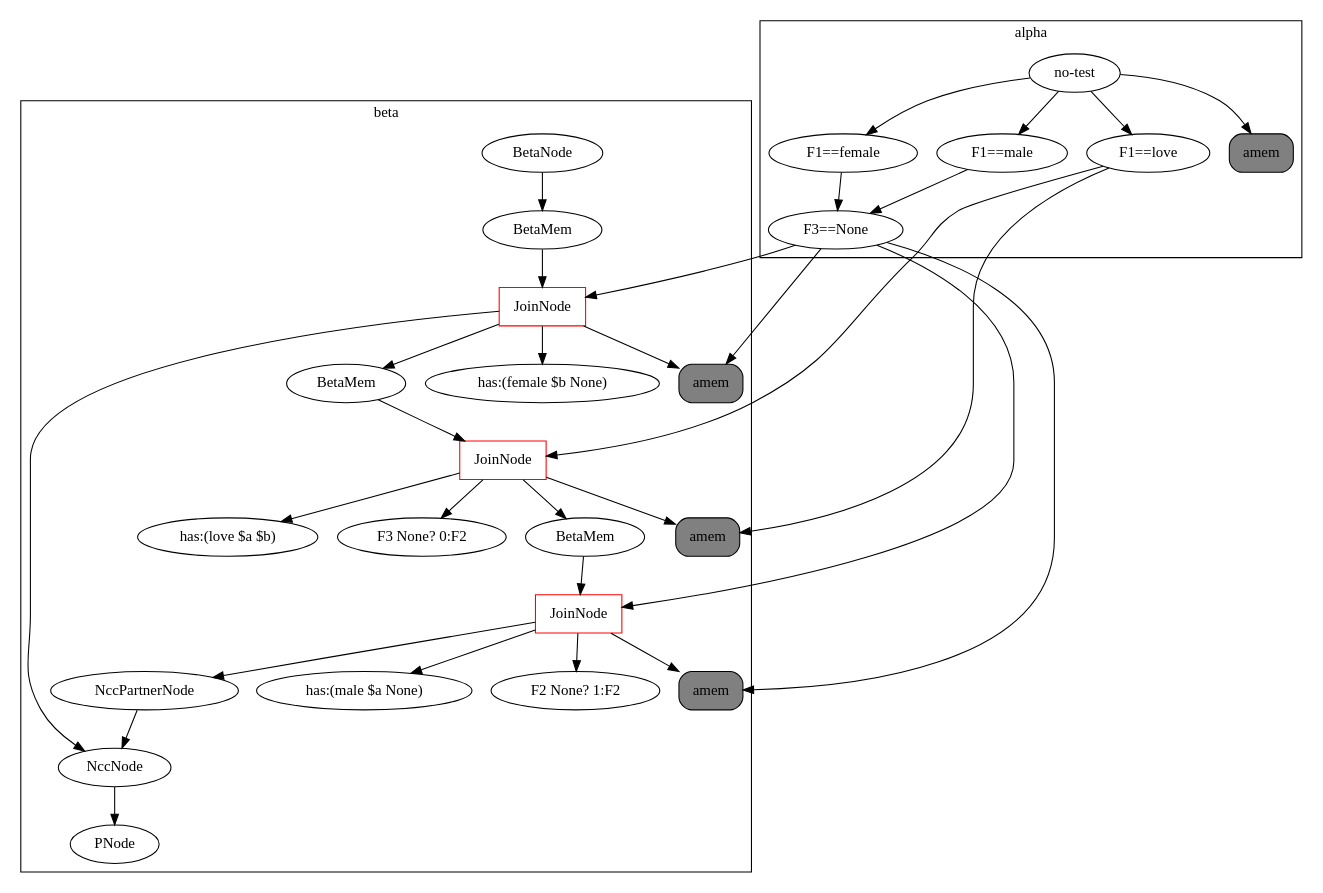
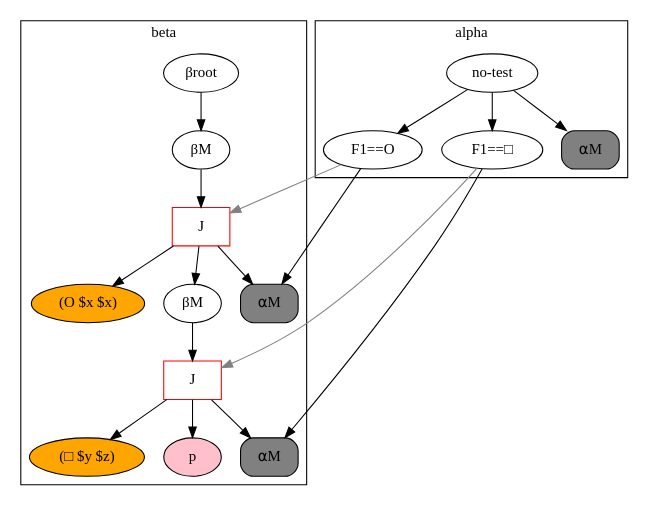
The diagram in rete.dot (Cybernetic1/GIRL), drawn with Graphviz before and after one commit. The commit also changed 7 other files, not shown here.

```diff
--- a/rete.dot
+++ b/rete.dot
@@ -1,52 +1,35 @@
 digraph {
 	subgraph cluster_1 {
 	label = beta
-	"BetaNode 140243741314856" [label="BetaNode"];
-	"BetaNode 140243741314856" -> "BetaMemory 140243741413328";
-	"BetaMemory 140243741413328" [label="BetaMem"];
-	"BetaMemory 140243741413328" -> "JoinNode 140243741450536";
-	"JoinNode 140243741450536" [shape=box, color=red, label="JoinNode"];
-	"JoinNode 140243741450536" -> "amem:<rete.alpha.AlphaMemory object at 0x7f8d0a6420f0>"
-	"JoinNode 140243741450536" -> "has:(female $b None)"
-	"JoinNode 140243741450536" -> "BetaMemory 140243741450648";
-	"BetaMemory 140243741450648" [label="BetaMem"];
-	"BetaMemory 140243741450648" -> "JoinNode 140243741450872";
-	"JoinNode 140243741450872" [shape=box, color=red, label="JoinNode"];
-	"JoinNode 140243741450872" -> "amem:<rete.alpha.AlphaMemory object at 0x7f8d0a642208>"
-	"JoinNode 140243741450872" -> "has:(love $a $b)"
-	"JoinNode 140243741450872" -> "F3 None? 0:F2"
-	"JoinNode 140243741450872" -> "BetaMemory 140243741450928";
-	"BetaMemory 140243741450928" [label="BetaMem"];
-	"BetaMemory 140243741450928" -> "JoinNode 140243741451208";
-	"JoinNode 140243741451208" [shape=box, color=red, label="JoinNode"];
-	"JoinNode 140243741451208" -> "amem:<rete.alpha.AlphaMemory object at 0x7f8d0a642390>"
-	"JoinNode 140243741451208" -> "has:(male $a None)"
-	"JoinNode 140243741451208" -> "F2 None? 1:F2"
-	"JoinNode 140243741451208" -> "<rete.ncc_node.NccPartnerNode object at 0x7f8d0a642400>";
-	"<rete.ncc_node.NccPartnerNode object at 0x7f8d0a642400>" [label="NccPartnerNode"];
-	"<rete.ncc_node.NccPartnerNode object at 0x7f8d0a642400>" -> "<rete.ncc_node.NccNode object at 0x7f8d0a642160>";
-	"JoinNode 140243741450536" -> "<rete.ncc_node.NccNode object at 0x7f8d0a642160>";
-	"<rete.ncc_node.NccNode object at 0x7f8d0a642160>" [label="NccNode"];
-	"<rete.ncc_node.NccNode object at 0x7f8d0a642160>" -> "PNode 140243741413272";
-	"PNode 140243741413272" [label="PNode"];
+	"BetaNode 139989145585928" [label="βroot"];
+	"BetaNode 139989145585928" -> "BetaMemory 139989145725360";
+	"BetaMemory 139989145725360" [label="βM"];
+	"BetaMemory 139989145725360" -> "JoinNode 139989145725584";
+	"JoinNode 139989145725584" [shape=box,color=red,label="J"];
+	"JoinNode 139989145725584" -> "⍺M:<rete.alpha.AlphaMemory object at 0x7f51c34daa58>"
+	"(O $x $x)" [style=filled,fillcolor=orange];
+	"JoinNode 139989145725584" -> "(O $x $x)"
+	"JoinNode 139989145725584" -> "BetaMemory 139989145725640";
+	"BetaMemory 139989145725640" [label="βM"];
+	"BetaMemory 139989145725640" -> "JoinNode 139989145725808";
+	"JoinNode 139989145725808" [shape=box,color=red,label="J"];
+	"JoinNode 139989145725808" -> "⍺M:<rete.alpha.AlphaMemory object at 0x7f51c34dab38>"
+	"(□ $y $z)" [style=filled,fillcolor=orange];
+	"JoinNode 139989145725808" -> "(□ $y $z)"
+	"JoinNode 139989145725808" -> "PNode 139989145725304";
+	"PNode 139989145725304" [style=filled,fillcolor=pink,label="p"];
 	}
 	subgraph cluster_0 {
 	label = alpha
-	"no-test" -> "F1==female";
-	"F1==female" -> "F3==None";
-	"F3==None" -> "amem:<rete.alpha.AlphaMemory object at 0x7f8d0a6420f0>";
-	"amem:<rete.alpha.AlphaMemory object at 0x7f8d0a6420f0>" [shape=box, style="rounded,filled", label="amem", fillcolor=gray];
-	"no-test" -> "F1==love";
-	"F1==love" -> "amem:<rete.alpha.AlphaMemory object at 0x7f8d0a642208>";
-	"amem:<rete.alpha.AlphaMemory object at 0x7f8d0a642208>" [shape=box, style="rounded,filled", label="amem", fillcolor=gray];
-	"no-test" -> "F1==male";
-	"F1==male" -> "F3==None";
-	"F3==None" -> "amem:<rete.alpha.AlphaMemory object at 0x7f8d0a642390>";
-	"amem:<rete.alpha.AlphaMemory object at 0x7f8d0a642390>" [shape=box, style="rounded,filled", label="amem", fillcolor=gray];
-	"no-test" -> "amem:<rete.alpha.AlphaMemory object at 0x7f8d0a620e48>";
-	"amem:<rete.alpha.AlphaMemory object at 0x7f8d0a620e48>" [shape=box, style="rounded,filled", label="amem", fillcolor=gray];
+	"no-test" -> "F1==O";
+	"F1==O" -> "⍺M:<rete.alpha.AlphaMemory object at 0x7f51c34daa58>";
+	"⍺M:<rete.alpha.AlphaMemory object at 0x7f51c34daa58>" [shape=box, style="rounded,filled", label="⍺M", fillcolor=gray];
+	"no-test" -> "F1==□";
+	"F1==□" -> "⍺M:<rete.alpha.AlphaMemory object at 0x7f51c34dab38>";
+	"⍺M:<rete.alpha.AlphaMemory object at 0x7f51c34dab38>" [shape=box, style="rounded,filled", label="⍺M", fillcolor=gray];
+	"no-test" -> "⍺M:<rete.alpha.AlphaMemory object at 0x7f51c34b8630>";
+	"⍺M:<rete.alpha.AlphaMemory object at 0x7f51c34b8630>" [shape=box, style="rounded,filled", label="⍺M", fillcolor=gray];
 	}
-	"F3==None" -> "JoinNode 140243741450536";
-	"F1==love" -> "JoinNode 140243741450872";
-	"F3==None" -> "JoinNode 140243741451208";
+	"F1==O" -> "JoinNode 139989145725584" [color=gray];
+	"F1==□" -> "JoinNode 139989145725808" [color=gray];
 }
```
